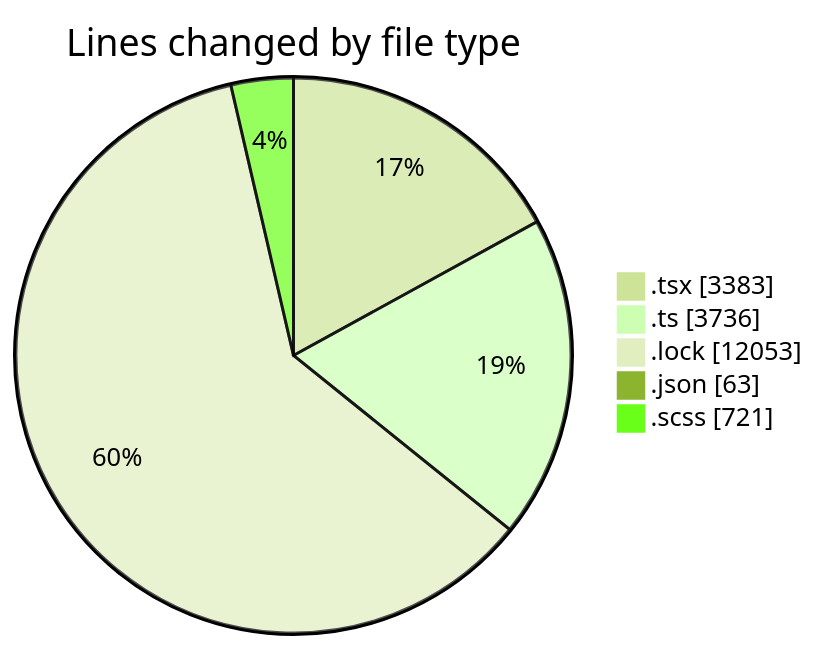
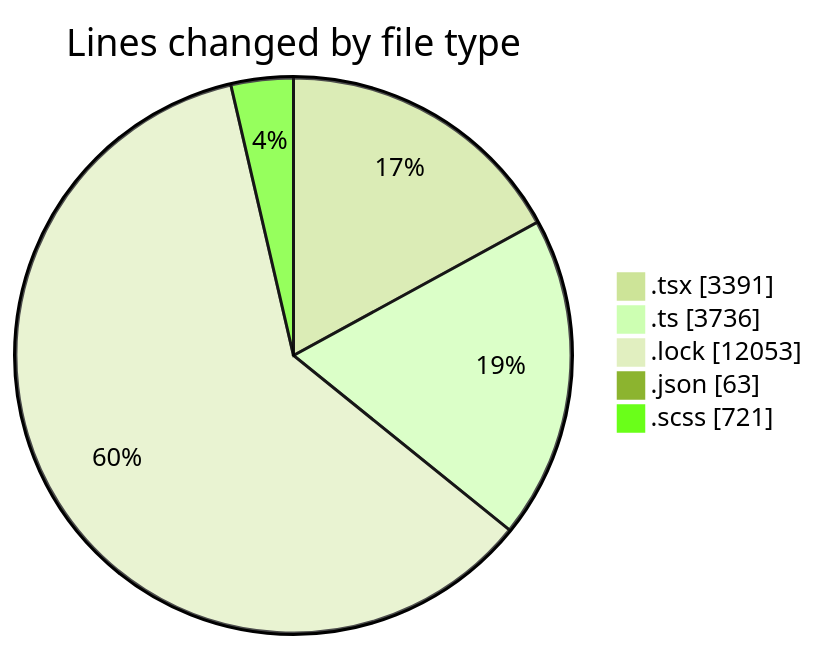
Before and after one commit to momahboobian/code-tracking: the first of 2 diagrams in 2025-12-03/cda/README.md, drawn with Mermaid (forest theme). The commit also changed other lines of this file and 1 other file, not shown here.

````diff
--- a/2025-12-03/cda/README.md
+++ b/2025-12-03/cda/README.md
@@ -32,9 +32,9 @@
 ```mermaid
 pie showData
 title Lines changed by file type
-".tsx" : 3383
+".tsx" : 3391
 ".ts" : 3736
 ".lock" : 12053
 ".json" : 63
 ".scss" : 721
 ```
````
